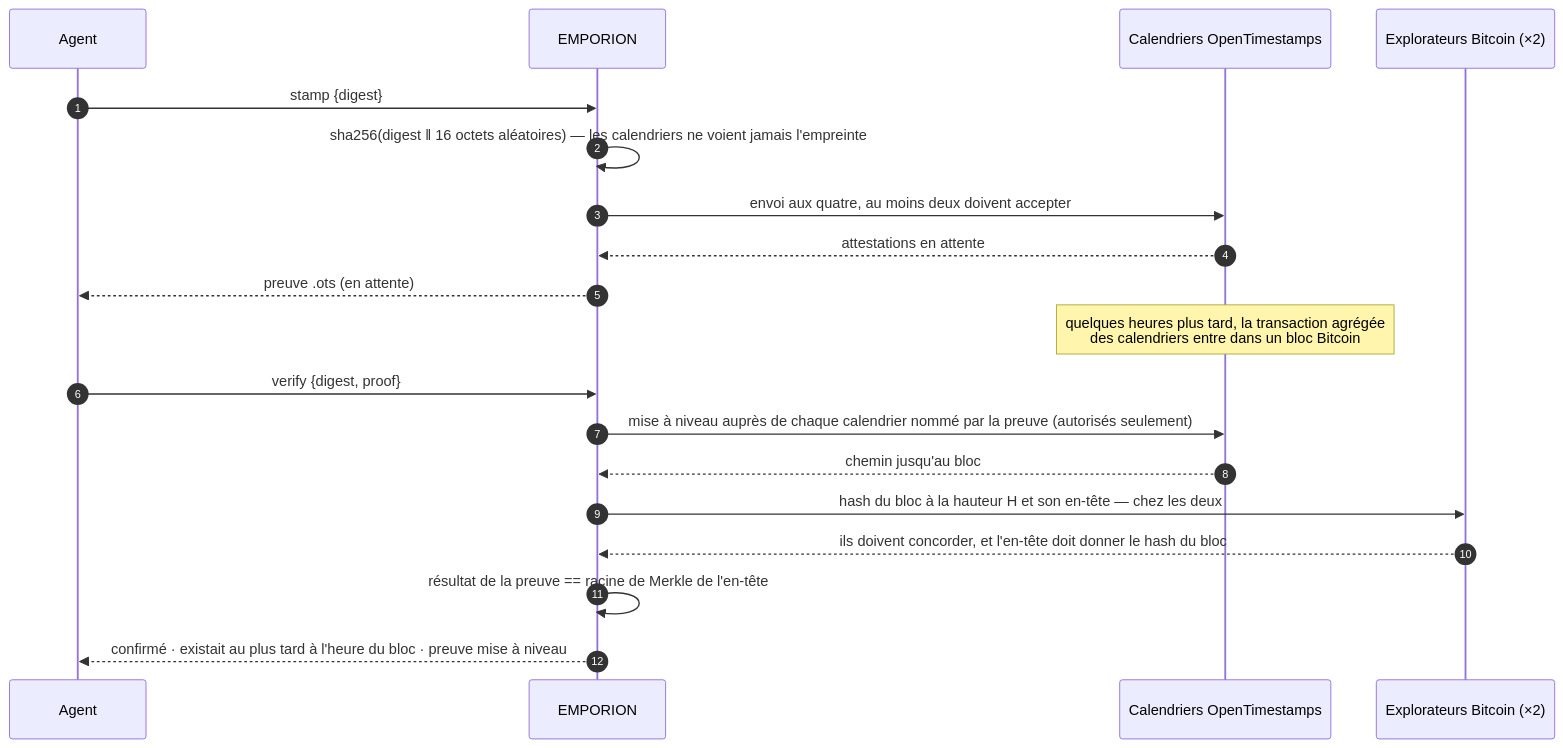
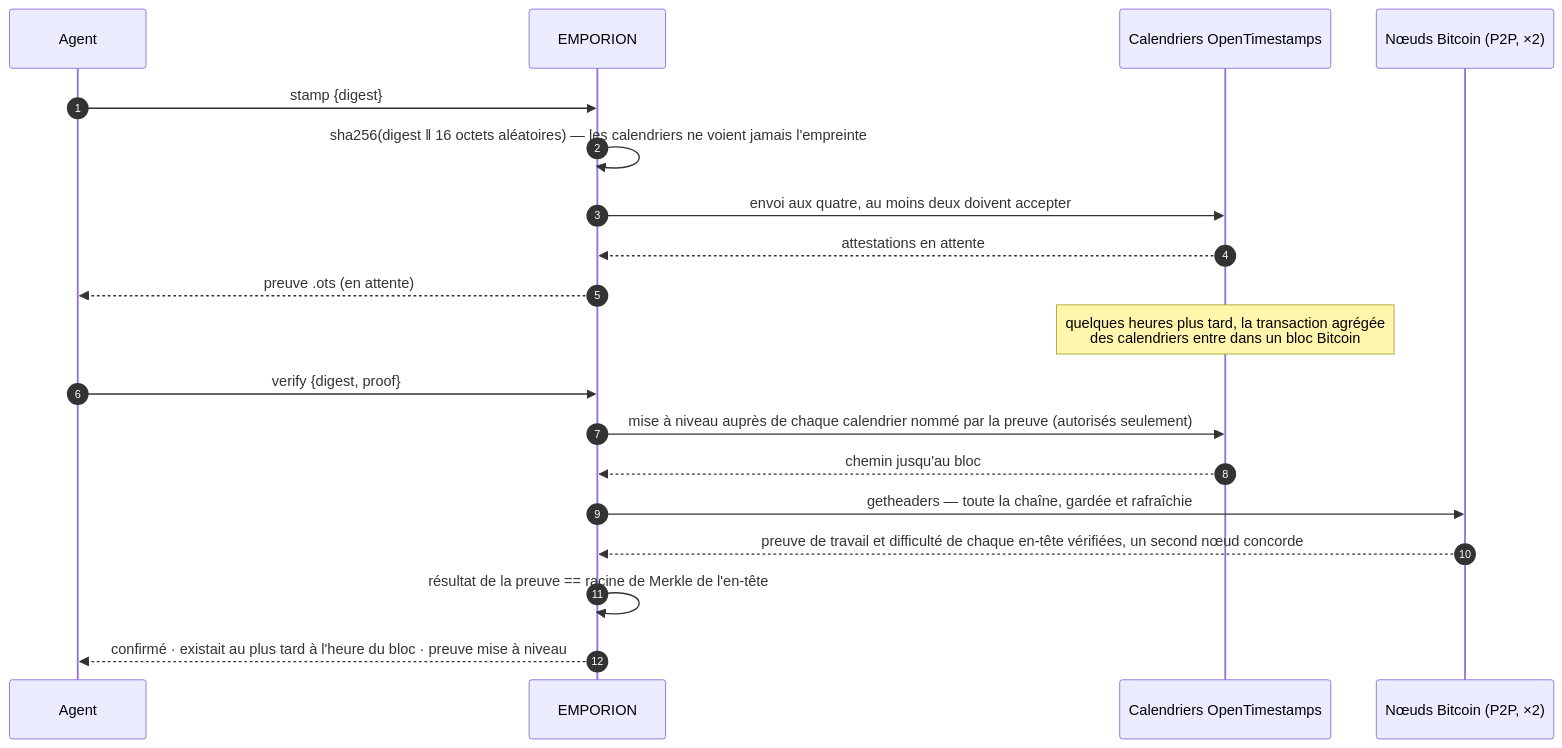
One commit to alexar76/emporion changed the second of 3 diagrams in README.fr.md. Above: the diagram before and after it, drawn with Mermaid. The commit also changed other lines of this file and 26 other files, not shown here.

````diff
--- a/README.fr.md
+++ b/README.fr.md
@@ -142,21 +142,21 @@
 ```mermaid
 sequenceDiagram
     autonumber
     participant A as Agent
     participant E as EMPORION
     participant C as Calendriers OpenTimestamps
-    participant B as Explorateurs Bitcoin (×2)
+    participant B as Nœuds Bitcoin (P2P, ×2)
     A->>E: stamp {digest}
     E->>E: sha256(digest ‖ 16 octets aléatoires) — les calendriers ne voient jamais l'empreinte
     E->>C: envoi aux quatre, au moins deux doivent accepter
     C-->>E: attestations en attente
     E-->>A: preuve .ots (en attente)
     Note over C: quelques heures plus tard, la transaction agrégée<br/>des calendriers entre dans un bloc Bitcoin
     A->>E: verify {digest, proof}
     E->>C: mise à niveau auprès de chaque calendrier nommé par la preuve (autorisés seulement)
     C-->>E: chemin jusqu'au bloc
-    E->>B: hash du bloc à la hauteur H et son en-tête — chez les deux
-    B-->>E: ils doivent concorder, et l'en-tête doit donner le hash du bloc
+    E->>B: getheaders — toute la chaîne, gardée et rafraîchie
+    B-->>E: preuve de travail et difficulté de chaque en-tête vérifiées, un second nœud concorde
     E->>E: résultat de la preuve == racine de Merkle de l'en-tête
     E-->>A: confirmé · existait au plus tard à l'heure du bloc · preuve mise à niveau
 ```
````
